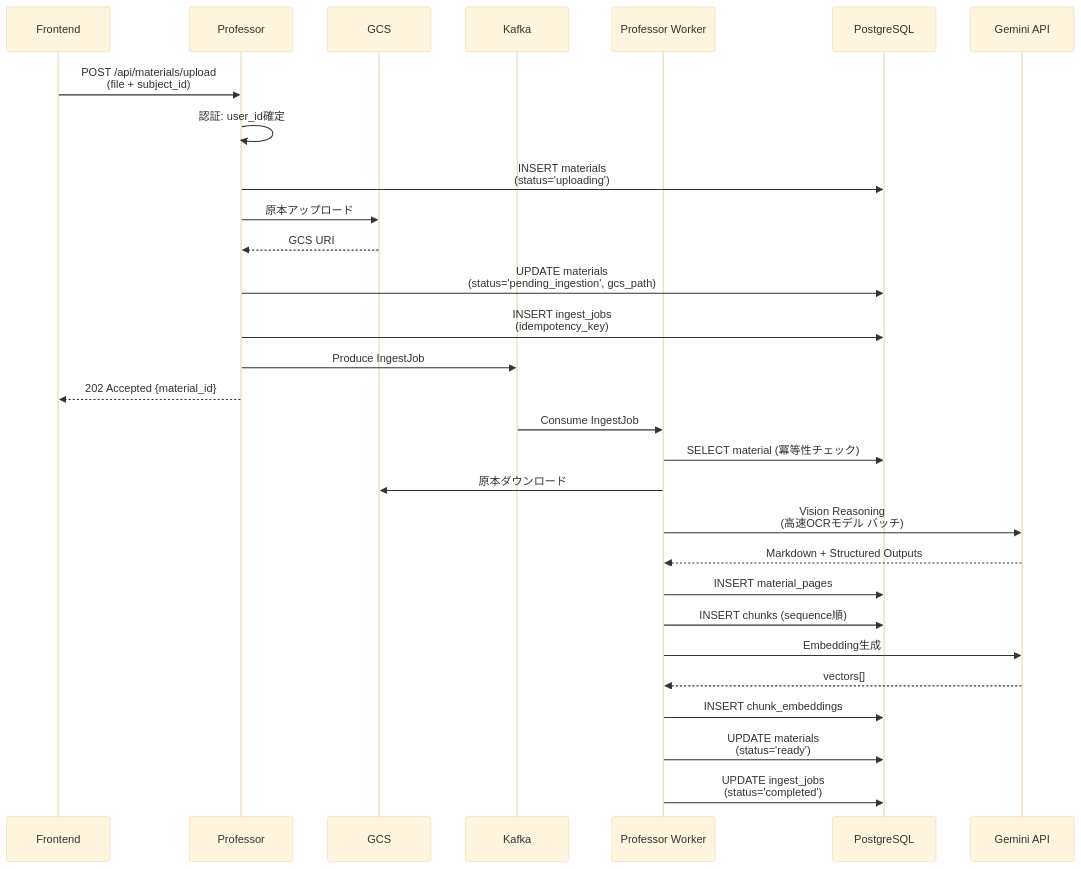
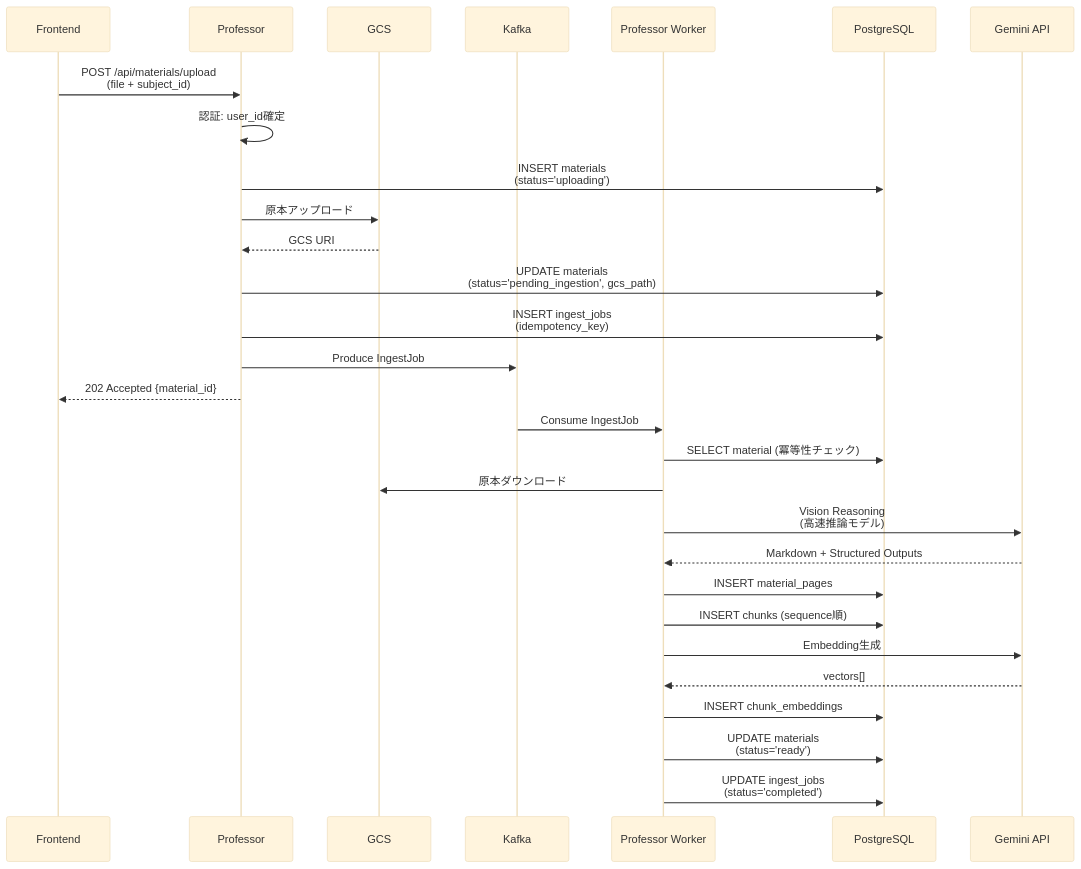
One commit to ttokunaga-ja/eduanimaR changed the seventh of 11 diagrams in eduanimaR_Professor/docs/01_architecture/DB_SCHEMA_ERD.md. Above: the diagram before and after it, drawn with Mermaid (base theme). The commit also changed 6 other files, not shown here.

````diff
--- a/eduanimaR_Professor/docs/01_architecture/DB_SCHEMA_ERD.md
+++ b/eduanimaR_Professor/docs/01_architecture/DB_SCHEMA_ERD.md
@@ -301,33 +301,33 @@
 ```mermaid
 sequenceDiagram
     participant F as Frontend
     participant P as Professor
     participant G as GCS
     participant K as Kafka
     participant W as Professor Worker
     participant DB as PostgreSQL
     participant LLM as Gemini API
 
     F->>P: POST /api/materials/upload<br/>(file + subject_id)
     P->>P: 認証: user_id確定
     P->>DB: INSERT materials<br/>(status='uploading')
     P->>G: 原本アップロード
     G-->>P: GCS URI
     P->>DB: UPDATE materials<br/>(status='pending_ingestion', gcs_path)
     P->>DB: INSERT ingest_jobs<br/>(idempotency_key)
     P->>K: Produce IngestJob
     P-->>F: 202 Accepted {material_id}
     
     K->>W: Consume IngestJob
     W->>DB: SELECT material (冪等性チェック)
     W->>G: 原本ダウンロード
-    W->>LLM: Vision Reasoning<br/>(高速OCRモデル バッチ)
+    W->>LLM: Vision Reasoning<br/>(高速推論モデル)
     LLM-->>W: Markdown + Structured Outputs
     W->>DB: INSERT material_pages
     W->>DB: INSERT chunks (sequence順)
     W->>LLM: Embedding生成
     LLM-->>W: vectors[]
     W->>DB: INSERT chunk_embeddings
     W->>DB: UPDATE materials<br/>(status='ready')
     W->>DB: UPDATE ingest_jobs<br/>(status='completed')
 ```
````
